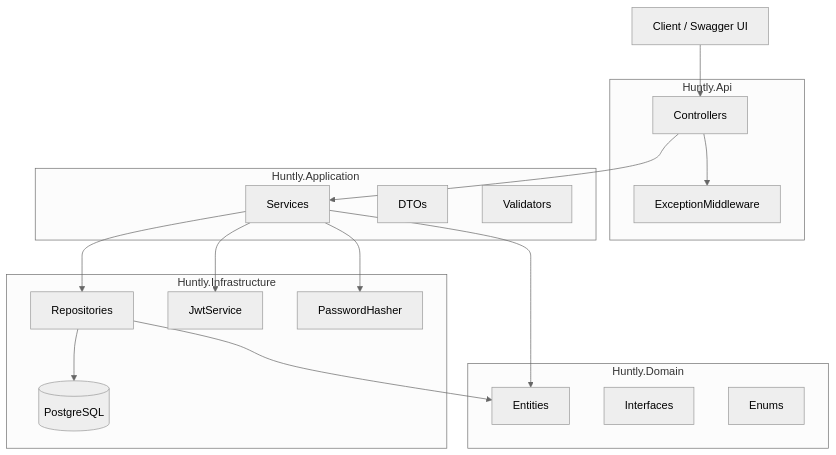
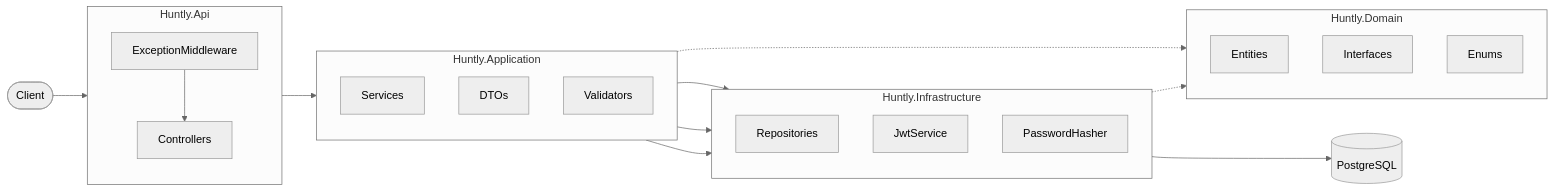
Before and after one commit to aemuw/huntly: the first of 3 diagrams in README.md, drawn with Mermaid (neutral theme). The commit also changed other lines of this file, not shown here.

````diff
--- a/README.md
+++ b/README.md
@@ -59,38 +59,43 @@
 ```mermaid
-graph TD
-    Client[Client / Swagger UI]
-    Client --> API
+graph LR
+    Client([Client])
 
-    subgraph Huntly.Api
-        API[Controllers]
+    subgraph API ["Huntly.Api"]
+        direction TB
         MW[ExceptionMiddleware]
+        CT[Controllers]
     end
 
-    subgraph Huntly.Application
+    subgraph APP ["Huntly.Application"]
+        direction TB
         SVC[Services]
         DTO[DTOs]
         VAL[Validators]
     end
 
-    subgraph Huntly.Infrastructure
+    subgraph INF ["Huntly.Infrastructure"]
+        direction TB
         REPO[Repositories]
         JWT[JwtService]
         BCR[PasswordHasher]
-        DB[(PostgreSQL)]
     end
 
-    subgraph Huntly.Domain
+    subgraph DOM ["Huntly.Domain"]
+        direction TB
         ENT[Entities]
         INT[Interfaces]
         ENM[Enums]
     end
 
-    API --> MW
-    API --> SVC
+    DB[(PostgreSQL)]
+
+    Client --> MW
+    MW --> CT
+    CT --> SVC
     SVC --> REPO
     SVC --> JWT
     SVC --> BCR
     REPO --> DB
-    SVC --> ENT
-    REPO --> ENT
+    SVC -.-> ENT
+    REPO -.-> INT
 ```
````
